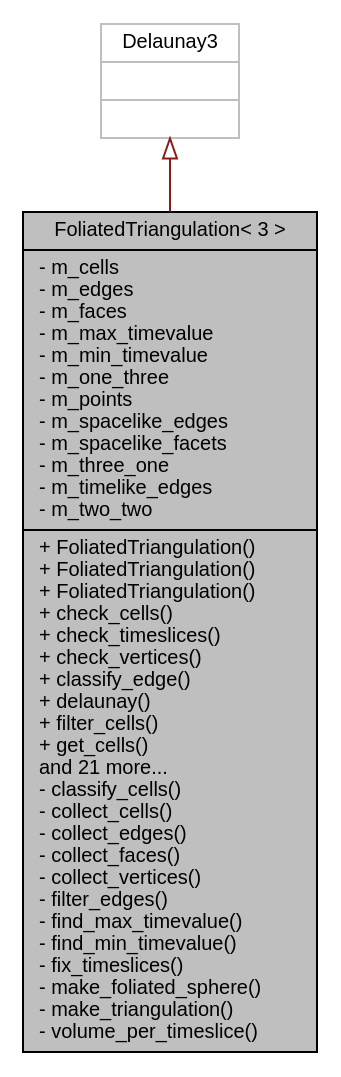
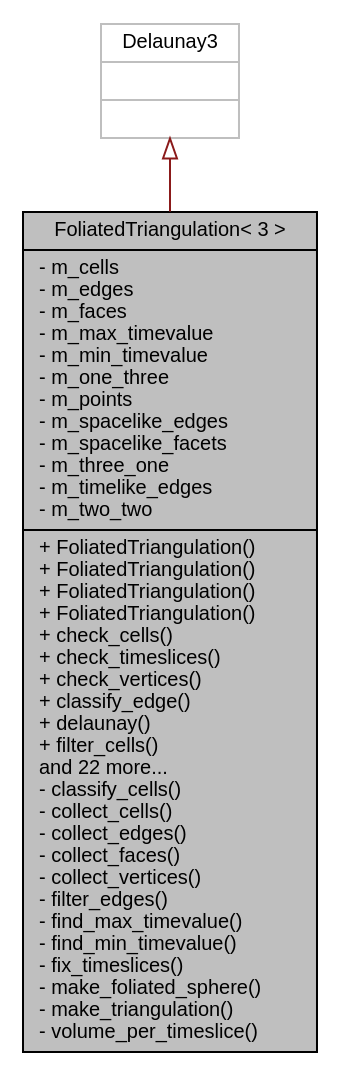
The diagram in class_foliated_triangulation_3_013_01_4__inherit__graph.dot (acgetchell/CDT-plusplus), drawn with Graphviz before and after one commit. The commit also changed 182 other files, not shown here.

```diff
--- a/class_foliated_triangulation_3_013_01_4__inherit__graph.dot
+++ b/class_foliated_triangulation_3_013_01_4__inherit__graph.dot
@@ -1,9 +1,9 @@
 digraph "FoliatedTriangulation&lt; 3 &gt;"
 {
  // LATEX_PDF_SIZE
   edge [fontname="Helvetica",fontsize="10",labelfontname="Helvetica",labelfontsize="10"];
   node [fontname="Helvetica",fontsize="10",shape=record];
-  Node1 [label="{FoliatedTriangulation\< 3 \>\n|- m_cells\l- m_edges\l- m_faces\l- m_max_timevalue\l- m_min_timevalue\l- m_one_three\l- m_points\l- m_spacelike_edges\l- m_spacelike_facets\l- m_three_one\l- m_timelike_edges\l- m_two_two\l|+ FoliatedTriangulation()\l+ FoliatedTriangulation()\l+ FoliatedTriangulation()\l+ check_cells()\l+ check_timeslices()\l+ check_vertices()\l+ classify_edge()\l+ delaunay()\l+ filter_cells()\l+ get_cells()\land 21 more...\l- classify_cells()\l- collect_cells()\l- collect_edges()\l- collect_faces()\l- collect_vertices()\l- filter_edges()\l- find_max_timevalue()\l- find_min_timevalue()\l- fix_timeslices()\l- make_foliated_sphere()\l- make_triangulation()\l- volume_per_timeslice()\l}",height=0.2,width=0.4,color="black", fillcolor="grey75", style="filled", fontcolor="black",tooltip="3D Triangulation"];
+  Node1 [label="{FoliatedTriangulation\< 3 \>\n|- m_cells\l- m_edges\l- m_faces\l- m_max_timevalue\l- m_min_timevalue\l- m_one_three\l- m_points\l- m_spacelike_edges\l- m_spacelike_facets\l- m_three_one\l- m_timelike_edges\l- m_two_two\l|+ FoliatedTriangulation()\l+ FoliatedTriangulation()\l+ FoliatedTriangulation()\l+ FoliatedTriangulation()\l+ check_cells()\l+ check_timeslices()\l+ check_vertices()\l+ classify_edge()\l+ delaunay()\l+ filter_cells()\land 22 more...\l- classify_cells()\l- collect_cells()\l- collect_edges()\l- collect_faces()\l- collect_vertices()\l- filter_edges()\l- find_max_timevalue()\l- find_min_timevalue()\l- fix_timeslices()\l- make_foliated_sphere()\l- make_triangulation()\l- volume_per_timeslice()\l}",height=0.2,width=0.4,color="black", fillcolor="grey75", style="filled", fontcolor="black",tooltip="3D Triangulation"];
   Node2 -> Node1 [dir="back",color="firebrick4",fontsize="10",style="solid",arrowtail="onormal",fontname="Helvetica"];
   Node2 [label="{Delaunay3\n||}",height=0.2,width=0.4,color="grey75", fillcolor="white", style="filled",tooltip=" "];
 }
```
